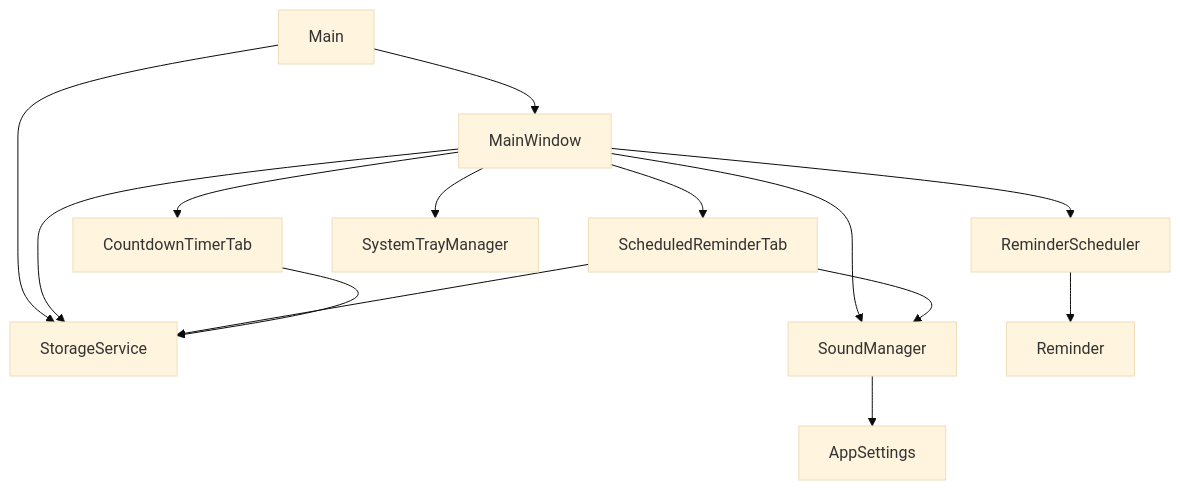
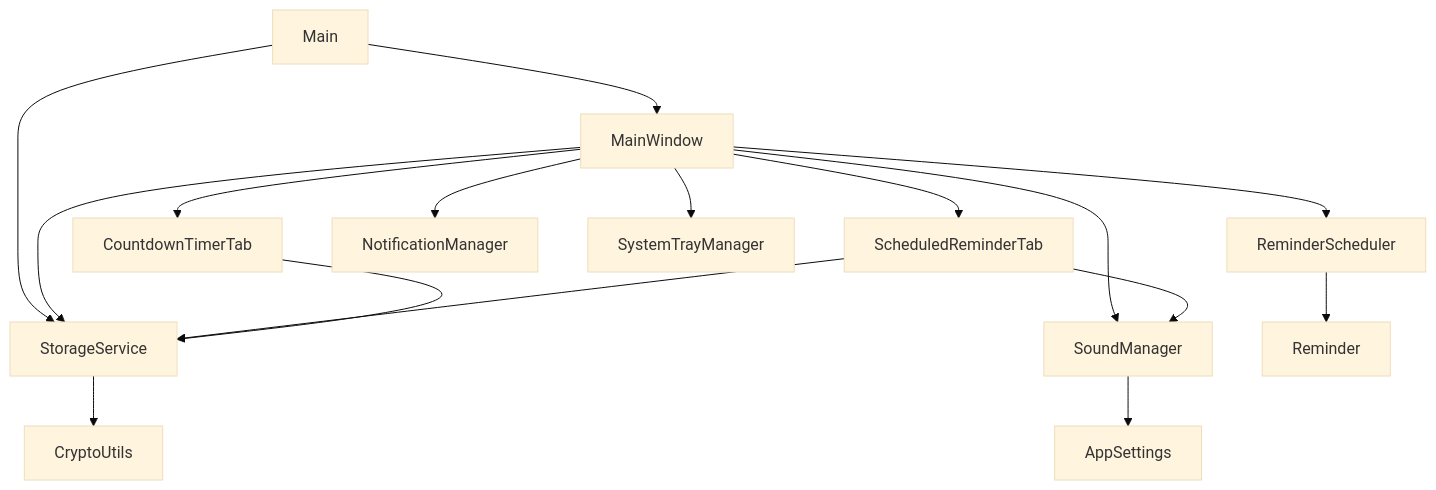
One commit to KIRAZINA/sound-reminder changed the first of 6 diagrams in PROJECT_ARCHITECTURE.md. Above: the diagram before and after it, drawn with Mermaid (base theme). The commit also changed other lines of this file, not shown here.

Commit message:
docs: update architecture analysis after remediation phases

````diff
--- a/PROJECT_ARCHITECTURE.md
+++ b/PROJECT_ARCHITECTURE.md
@@ -111,16 +116,18 @@
 ```mermaid
 graph TD
     Main --> StorageService
     Main --> MainWindow
     MainWindow --> StorageService
     MainWindow --> SoundManager
     MainWindow --> ReminderScheduler
     MainWindow --> ScheduledReminderTab
     MainWindow --> CountdownTimerTab
+    MainWindow --> NotificationManager
     MainWindow --> SystemTrayManager
     ScheduledReminderTab --> StorageService
     ScheduledReminderTab --> SoundManager
     CountdownTimerTab --> StorageService
     SoundManager --> AppSettings
     ReminderScheduler --> Reminder
+    StorageService --> CryptoUtils
 ```
````
